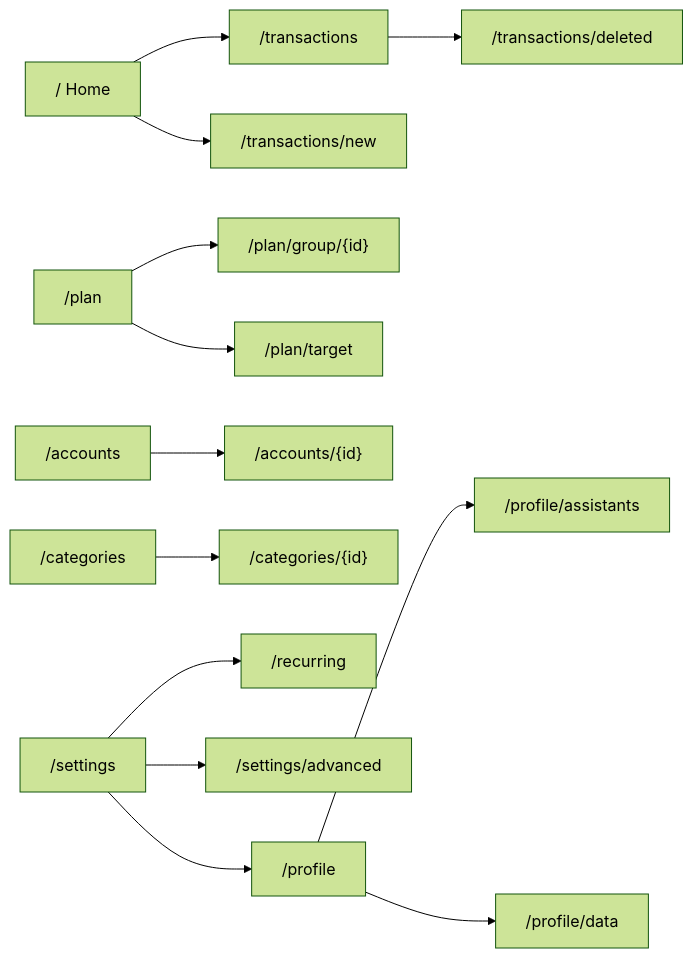
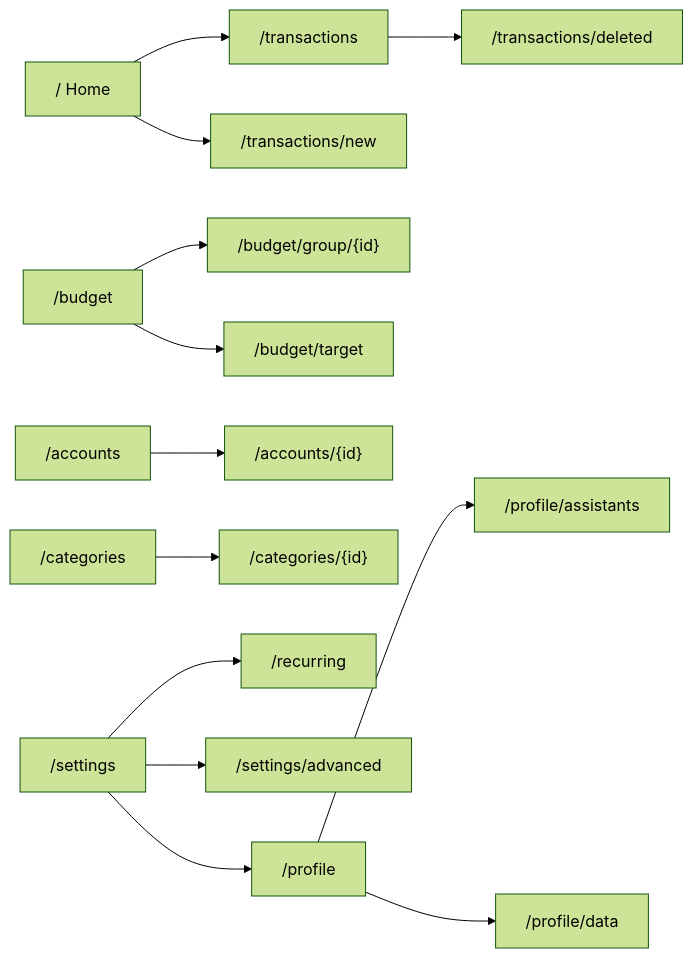
Before and after one commit to bijeshmohan/finode: the diagram in docs/architecture/web-ui.md, drawn with Mermaid (forest theme). The commit also changed other lines of this file and 51 other files, not shown here.

````diff
--- a/docs/architecture/web-ui.md
+++ b/docs/architecture/web-ui.md
@@ -21,15 +21,15 @@
 ```mermaid
 flowchart LR
     Home["/ Home"] --> Tx["/transactions"]
     Home --> New["/transactions/new"]
-    Budget["/plan"] --> Grp["/plan/group/{id}"]
-    Budget --> Tgt["/plan/target"]
+    Budget["/budget"] --> Grp["/budget/group/{id}"]
+    Budget --> Tgt["/budget/target"]
     Accounts["/accounts"] --> Acc["/accounts/{id}"]
     Cats["/categories"] --> Cat["/categories/{id}"]
     Settings["/settings"] --> Rec["/recurring"]
     Settings --> Adv["/settings/advanced"]
     Settings --> Prof["/profile"]
     Prof --> Ass["/profile/assistants"]
     Prof --> Dat["/profile/data"]
     Tx --> Del["/transactions/deleted"]
 ```
````
